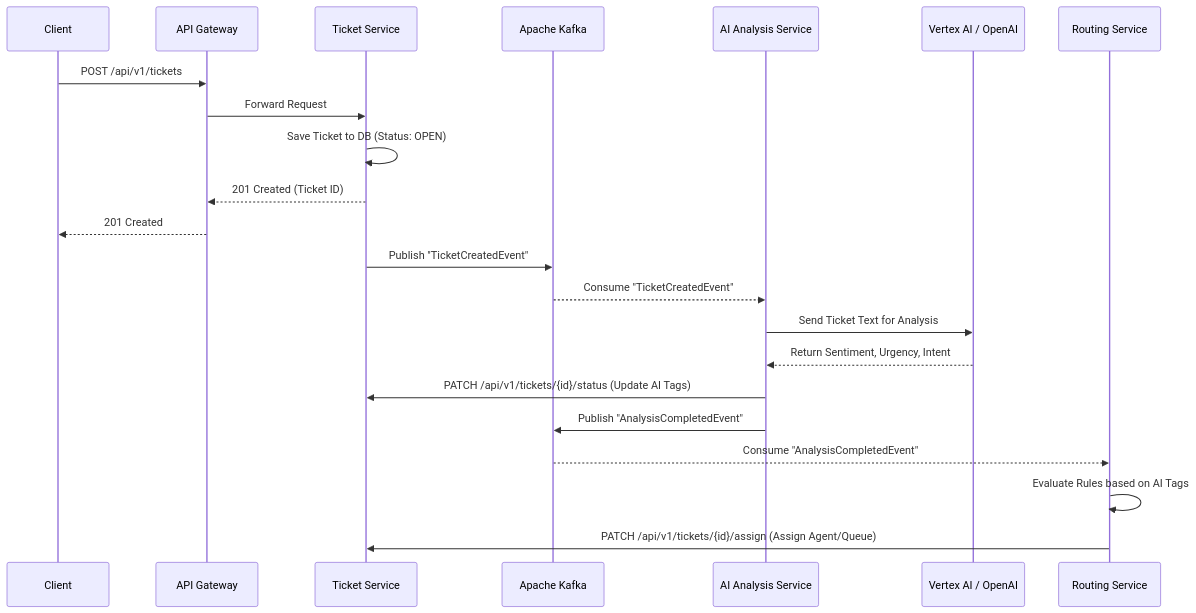
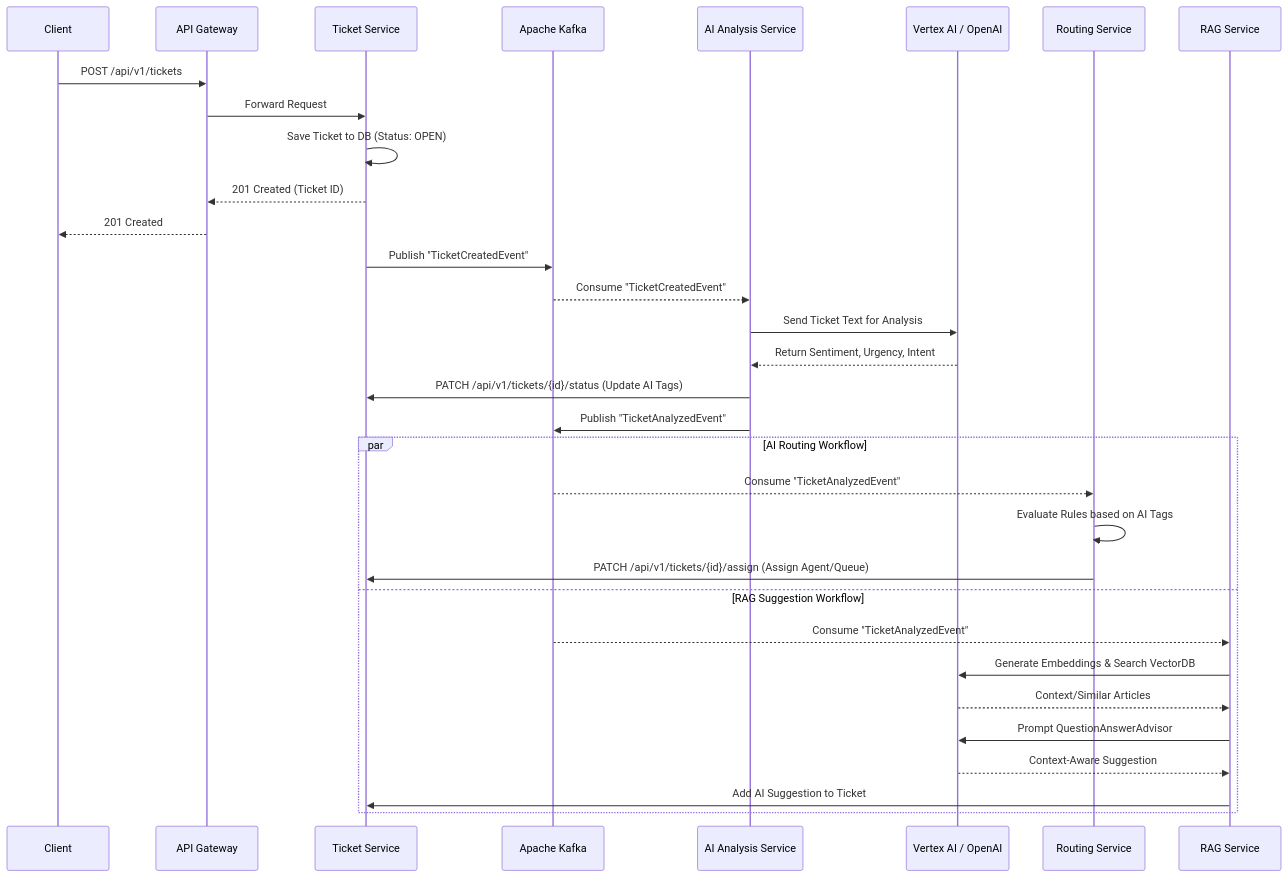
The second of 2 diagrams in OVERVIEW.md (avisheksingha/ai-support-system), drawn with Mermaid before and after one commit. The commit also changed other lines of this file, not shown here.

Commit message:
feat: Introduce RAG service and workflow, and rename `AnalysisCompletedEvent` to `TicketAnalyzedEvent` in diagrams.

````diff
--- a/OVERVIEW.md
+++ b/OVERVIEW.md
@@ -57,28 +58,38 @@
 ```mermaid
 sequenceDiagram
     participant Client
     participant Gateway as API Gateway
     participant TicketSvc as Ticket Service
     participant Kafka as Apache Kafka
     participant AISvc as AI Analysis Service
     participant ExternalAI as Vertex AI / OpenAI
     participant RoutingSvc as Routing Service
+    participant RAGSvc as RAG Service
 
     Client->>Gateway: POST /api/v1/tickets
     Gateway->>TicketSvc: Forward Request
     TicketSvc->>TicketSvc: Save Ticket to DB (Status: OPEN)
     TicketSvc-->>Gateway: 201 Created (Ticket ID)
     Gateway-->>Client: 201 Created
     
     TicketSvc->>Kafka: Publish "TicketCreatedEvent"
     Kafka-->>AISvc: Consume "TicketCreatedEvent"
     
     AISvc->>ExternalAI: Send Ticket Text for Analysis
     ExternalAI-->>AISvc: Return Sentiment, Urgency, Intent
     AISvc->>TicketSvc: PATCH /api/v1/tickets/{id}/status (Update AI Tags)
-    AISvc->>Kafka: Publish "AnalysisCompletedEvent"
+    AISvc->>Kafka: Publish "TicketAnalyzedEvent"
     
-    Kafka-->>RoutingSvc: Consume "AnalysisCompletedEvent"
-    RoutingSvc->>RoutingSvc: Evaluate Rules based on AI Tags
-    RoutingSvc->>TicketSvc: PATCH /api/v1/tickets/{id}/assign (Assign Agent/Queue)
+    par AI Routing Workflow
+        Kafka-->>RoutingSvc: Consume "TicketAnalyzedEvent"
+        RoutingSvc->>RoutingSvc: Evaluate Rules based on AI Tags
+        RoutingSvc->>TicketSvc: PATCH /api/v1/tickets/{id}/assign (Assign Agent/Queue)
+    and RAG Suggestion Workflow
+        Kafka-->>RAGSvc: Consume "TicketAnalyzedEvent"
+        RAGSvc->>ExternalAI: Generate Embeddings & Search VectorDB
+        ExternalAI-->>RAGSvc: Context/Similar Articles
+        RAGSvc->>ExternalAI: Prompt QuestionAnswerAdvisor
+        ExternalAI-->>RAGSvc: Context-Aware Suggestion
+        RAGSvc->>TicketSvc: Add AI Suggestion to Ticket
+    end
 ```
````
